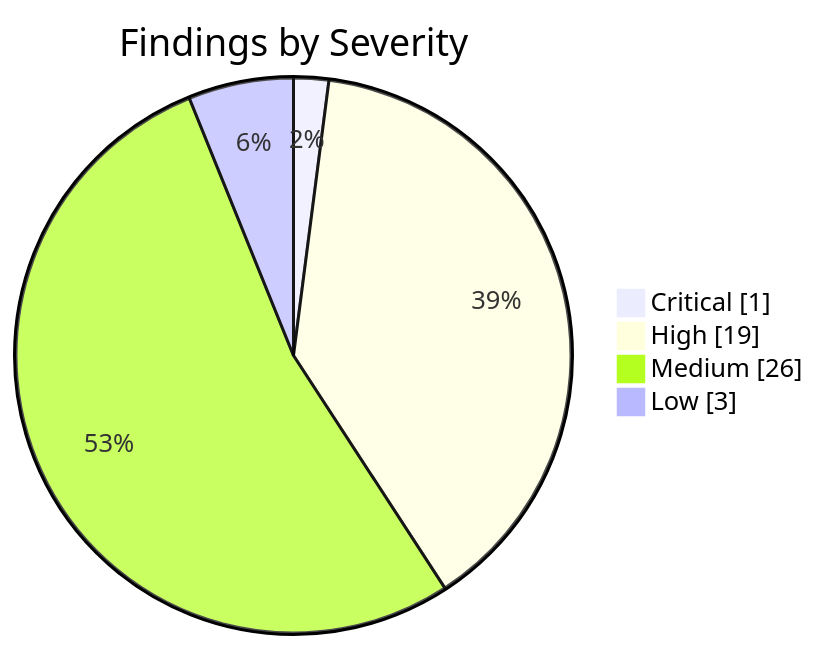
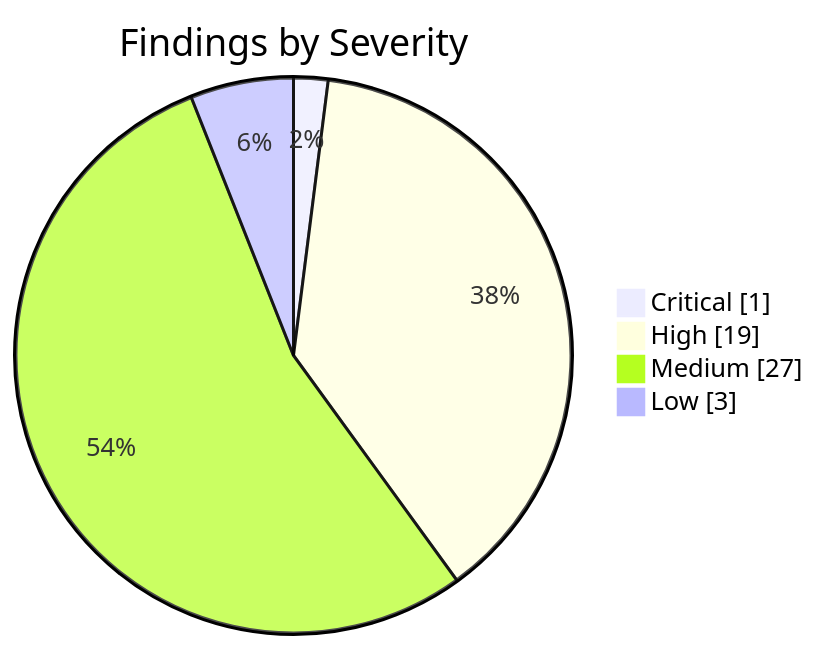
Before and after one commit to KBVE/kbve: the first of 2 diagrams in apps/kbve/astro-kbve/src/content/docs/dashboard/security.mdx, drawn with Mermaid. The commit also changed other lines of this file and 7 other files, not shown here.

````diff
--- a/apps/kbve/astro-kbve/src/content/docs/dashboard/security.mdx
+++ b/apps/kbve/astro-kbve/src/content/docs/dashboard/security.mdx
@@ -62,8 +62,8 @@
 ```mermaid
 pie showData
     title Findings by Severity
     "Critical" : 1
     "High" : 19
-    "Medium" : 26
+    "Medium" : 27
     "Low" : 3
 ```
````
